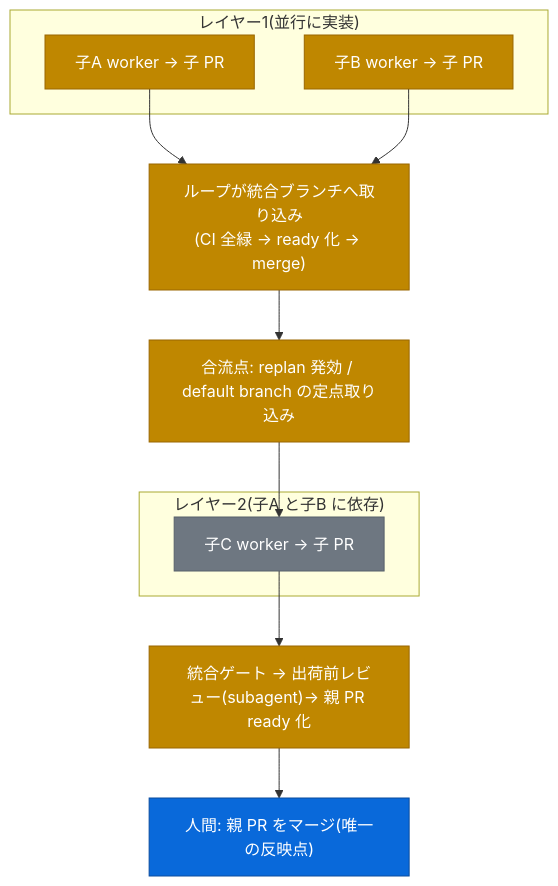
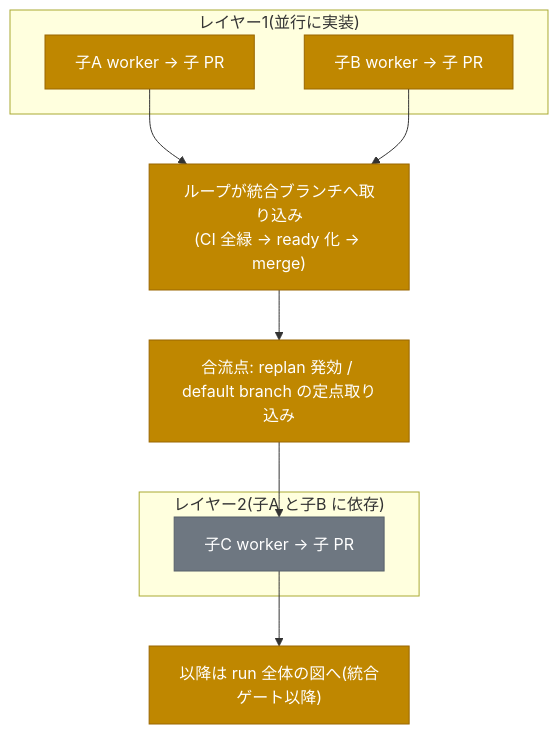
The first of 4 diagrams in docs/DESIGN.md (reonyanarticle/tasuki), drawn with Mermaid before and after one commit. The commit also changed other lines of this file and 12 other files, not shown here.

First line of the commit message:
fix: 最終レビュー(コード5観点、mermaid、入口文書)の所見を反映

````diff
--- a/docs/DESIGN.md
+++ b/docs/DESIGN.md
@@ -120,22 +120,20 @@
 ```mermaid
 flowchart TD
     accTitle: レイヤー実行の構造
-    accDescr: 同じレイヤーの子 issue は並行して実装され、ゲートを通った子 PR をループが統合ブランチへ取り込む。全子の取り込みが合流点で、そこで再計画の発効と default branch の取り込みを行ってから次レイヤーに着手する。人間のマージは最後の親 PR の1回だけ。
-    classDef human fill:#0969da,stroke:#0a4c9e,color:#fff
+    accDescr: 同じレイヤーの子 issue は並行して実装され、ゲートを通った子 PR をループが統合ブランチへ取り込む。全子の取り込みが合流点で、そこで再計画の発効と default branch の取り込みを行ってから次レイヤーに着手する。灰色の子はまだ着手していないレイヤーである。
     classDef work fill:#bf8700,stroke:#9a6700,color:#fff
     classDef pending fill:#6e7781,stroke:#57606a,color:#fff
 
     subgraph L1["レイヤー1(並行に実装)"]
         A["子A worker → 子 PR"]:::work
         B["子B worker → 子 PR"]:::work
     end
     A --> M["ループが統合ブランチへ取り込み<br/>(CI 全緑 → ready 化 → merge)"]:::work
     B --> M
     M --> J["合流点: replan 発効 / default branch の定点取り込み"]:::work
     J --> C
     subgraph L2["レイヤー2(子A と子B に依存)"]
         C["子C worker → 子 PR"]:::pending
     end
-    C --> FIN["統合ゲート → 出荷前レビュー(subagent)→ 親 PR ready 化"]:::work
-    FIN --> HM["人間: 親 PR をマージ(唯一の反映点)"]:::human
+    C --> FIN["以降は run 全体の図へ(統合ゲート以降)"]:::work
 ```
````
